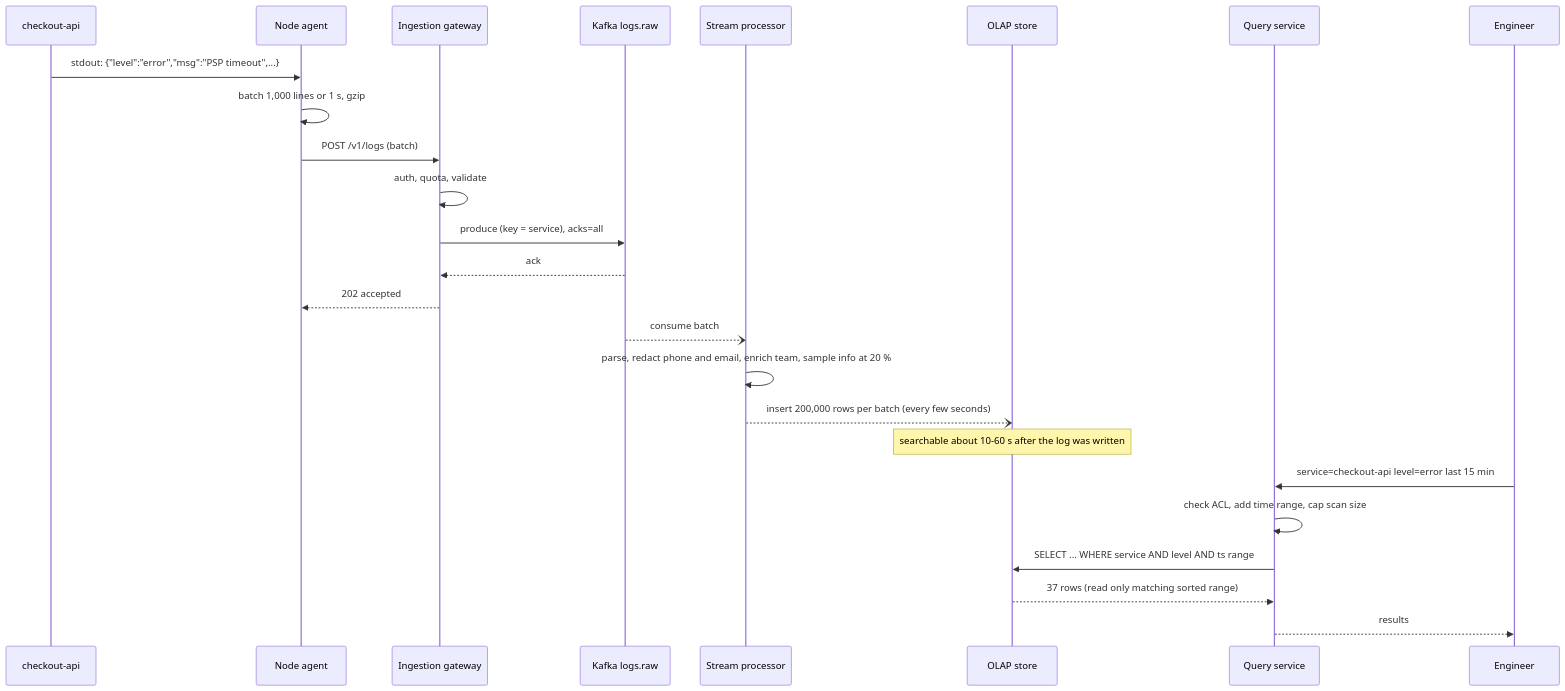
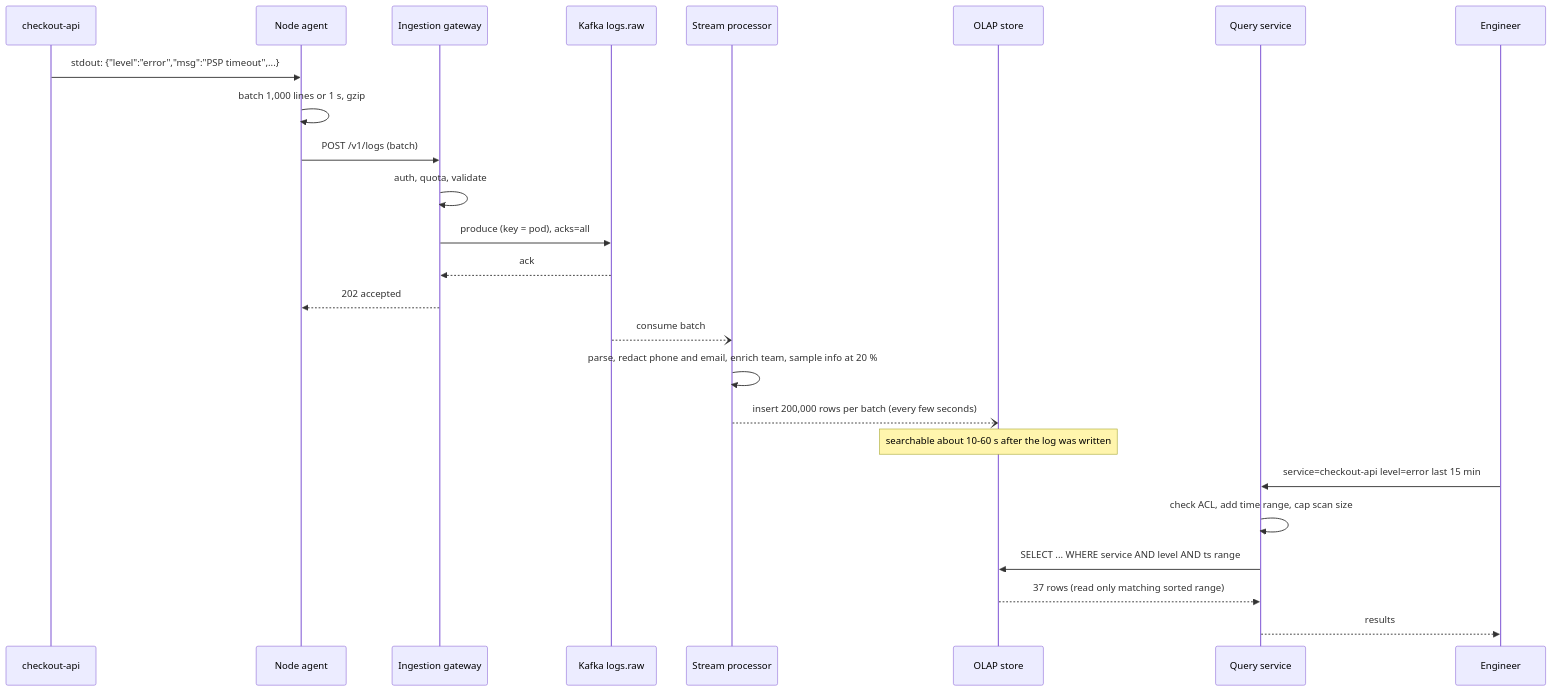
One commit to rizwi0786/system-design-lab changed the second of 2 diagrams in content/lessons/m17/m17-logging-analytics.md. Above: the diagram before and after it, drawn with Mermaid. The commit also changed other lines of this file and 334 other files, not shown here.

````diff
--- a/content/lessons/m17/m17-logging-analytics.md
+++ b/content/lessons/m17/m17-logging-analytics.md
@@ -279,27 +279,27 @@
 ```mermaid
 sequenceDiagram
     participant S as checkout-api
     participant A as Node agent
     participant G as Ingestion gateway
     participant K as Kafka logs.raw
     participant P as Stream processor
     participant O as OLAP store
     participant Q as Query service
     participant E as Engineer
     S->>A: stdout: {"level":"error","msg":"PSP timeout",...}
     A->>A: batch 1,000 lines or 1 s, gzip
     A->>G: POST /v1/logs (batch)
     G->>G: auth, quota, validate
-    G->>K: produce (key = service), acks=all
+    G->>K: produce (key = pod), acks=all
     K-->>G: ack
     G-->>A: 202 accepted
     K--)P: consume batch
     P->>P: parse, redact phone and email, enrich team, sample info at 20 %
     P--)O: insert 200,000 rows per batch (every few seconds)
     Note over O: searchable about 10-60 s after the log was written
     E->>Q: service=checkout-api level=error last 15 min
     Q->>Q: check ACL, add time range, cap scan size
     Q->>O: SELECT ... WHERE service AND level AND ts range
     O-->>Q: 37 rows (read only matching sorted range)
     Q-->>E: results
 ```
````
